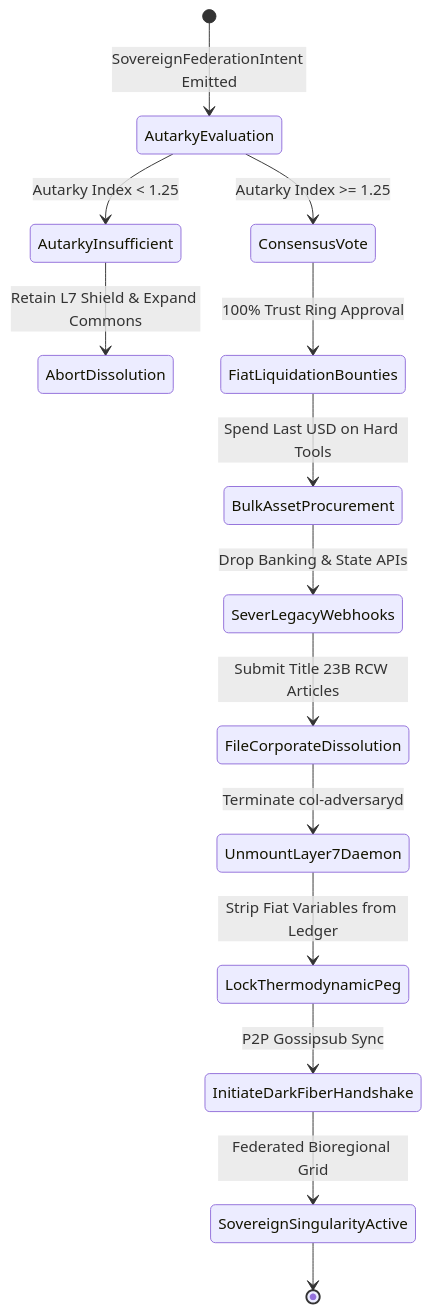
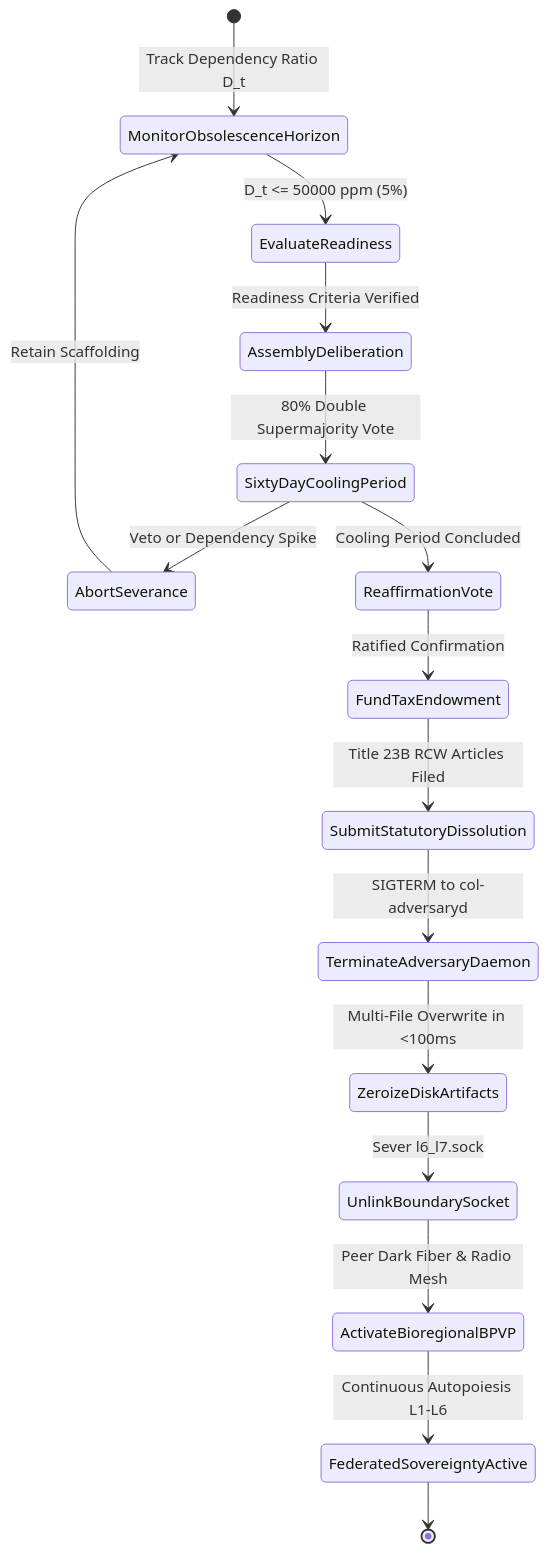
The second of 3 diagrams in docs/scenarios/omega_decoupling.md (raffaine/collective), drawn with Mermaid before and after one commit. The commit also changed other lines of this file and 23 other files, not shown here.

````diff
--- a/docs/scenarios/omega_decoupling.md
+++ b/docs/scenarios/omega_decoupling.md
@@ -71,16 +99,19 @@
 ```mermaid
 stateDiagram-v2
-    [*] --> AutarkyEvaluation: SovereignFederationIntent Emitted
-    AutarkyEvaluation --> AutarkyInsufficient: Autarky Index < 1.25
-    AutarkyInsufficient --> AbortDissolution: Retain L7 Shield & Expand Commons
-    AutarkyEvaluation --> ConsensusVote: Autarky Index >= 1.25
-    ConsensusVote --> FiatLiquidationBounties: 100% Trust Ring Approval
-    FiatLiquidationBounties --> BulkAssetProcurement: Spend Last USD on Hard Tools
-    BulkAssetProcurement --> SeverLegacyWebhooks: Drop Banking & State APIs
-    SeverLegacyWebhooks --> FileCorporateDissolution: Submit Title 23B RCW Articles
-    FileCorporateDissolution --> UnmountLayer7Daemon: Terminate col-adversaryd
-    UnmountLayer7Daemon --> LockThermodynamicPeg: Strip Fiat Variables from Ledger
-    LockThermodynamicPeg --> InitiateDarkFiberHandshake: P2P Gossipsub Sync
-    InitiateDarkFiberHandshake --> SovereignSingularityActive: Federated Bioregional Grid
-    SovereignSingularityActive --> [*]
+    [*] --> MonitorObsolescenceHorizon: Track Dependency Ratio D_t
+    MonitorObsolescenceHorizon --> EvaluateReadiness: D_t <= 50000 ppm (5%)
+    EvaluateReadiness --> AssemblyDeliberation: Readiness Criteria Verified
+    AssemblyDeliberation --> SixtyDayCoolingPeriod: 80% Double Supermajority Vote
+    SixtyDayCoolingPeriod --> AbortSeverance: Veto or Dependency Spike
+    AbortSeverance --> MonitorObsolescenceHorizon: Retain Scaffolding
+    
+    SixtyDayCoolingPeriod --> ReaffirmationVote: Cooling Period Concluded
+    ReaffirmationVote --> FundTaxEndowment: Ratified Confirmation
+    FundTaxEndowment --> SubmitStatutoryDissolution: Title 23B RCW Articles Filed
+    SubmitStatutoryDissolution --> TerminateAdversaryDaemon: SIGTERM to col-adversaryd
+    TerminateAdversaryDaemon --> ZeroizeDiskArtifacts: Multi-File Overwrite in <100ms
+    ZeroizeDiskArtifacts --> UnlinkBoundarySocket: Sever l6_l7.sock
+    UnlinkBoundarySocket --> ActivateBioregionalBPVP: Peer Dark Fiber & Radio Mesh
+    ActivateBioregionalBPVP --> FederatedSovereigntyActive: Continuous Autopoiesis L1-L6
+    FederatedSovereigntyActive --> [*]
 ```
````
